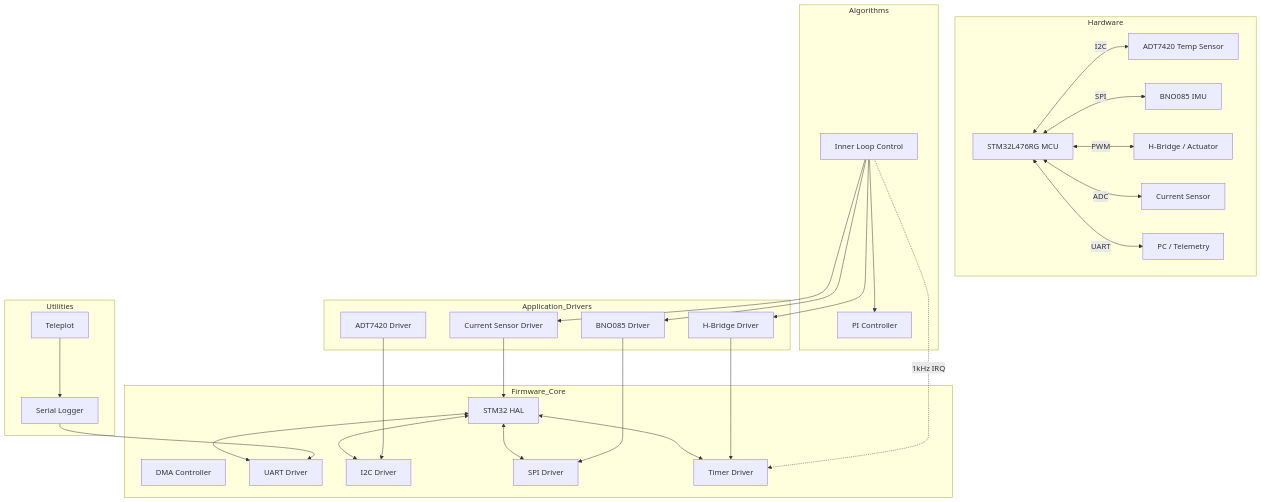
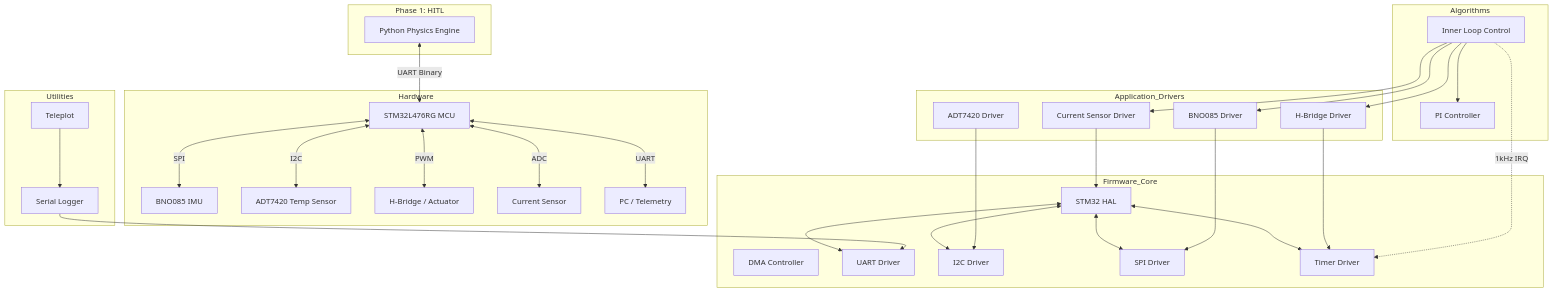
The first of 2 diagrams in cube_sat_nucleo/README.md (Phyopma/CubeSat_Avionics), drawn with Mermaid before and after one commit. The commit also changed 1 other file, not shown here.

Commit message:
refactor: move python host and update docs

````diff
--- a/cube_sat_nucleo/README.md
+++ b/cube_sat_nucleo/README.md
@@ -12,69 +12,75 @@
 ```mermaid
 graph TB
     subgraph Hardware
         MCU[STM32L476RG MCU]
         IMU[BNO085 IMU]
         TEMP[ADT7420 Temp Sensor]
         MOTOR[H-Bridge / Actuator]
         SENS[Current Sensor]
         PC[PC / Telemetry]
     end
 
     subgraph Firmware_Core
         HAL[STM32 HAL]
         DMA[DMA Controller]
         UART[UART Driver]
         I2C[I2C Driver]
         SPI[SPI Driver]
         TIM[Timer Driver]
     end
 
     subgraph Application_Drivers
         BNO_DRV[BNO085 Driver]
         ADT_DRV[ADT7420 Driver]
         HB_DRV[H-Bridge Driver]
         CS_DRV[Current Sensor Driver]
     end
+
+    subgraph Simulation [Phase 1: HITL]
+        HOST[Python Physics Engine]
+    end
+
+    HOST <-->|UART Binary| MCU
 
     subgraph Algorithms
         CTRL[Inner Loop Control]
         PI[PI Controller]
     end
 
     subgraph Utilities
         LOG[Serial Logger]
         PLOT[Teleplot]
     end
 
     %% Hardware Connections
     MCU <-->|I2C| TEMP
     MCU <-->|SPI| IMU
     MCU <-->|PWM| MOTOR
     MCU <-->|ADC| SENS
     MCU <-->|UART| PC
 
     %% Firmware Layers
     HAL <--> UART
     HAL <--> I2C
     HAL <--> SPI
     HAL <--> TIM
 
     %% App Drivers -> HAL
     BNO_DRV --> SPI
     ADT_DRV --> I2C
     HB_DRV --> TIM
     CS_DRV --> HAL
 
     %% Algorithms -> Drivers
     CTRL --> BNO_DRV
     CTRL --> CS_DRV
     CTRL --> HB_DRV
     CTRL --> PI
 
     %% Utilities
     LOG --> UART
     PLOT --> LOG
 
     %% Main Execution
     CTRL -.->|1kHz IRQ| TIM
 ```
````
